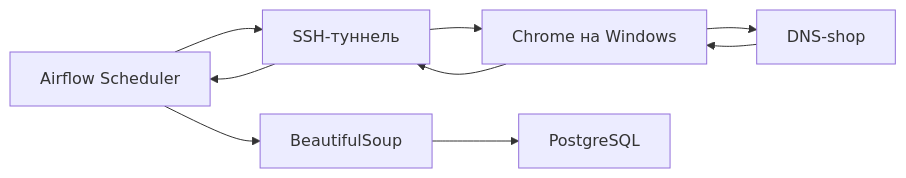
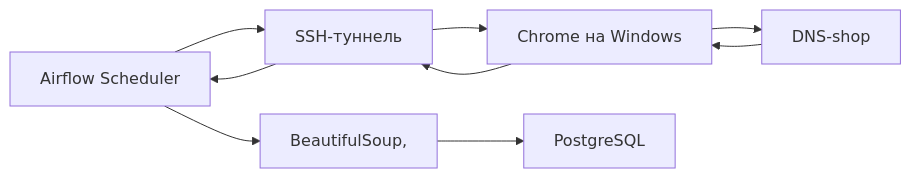
One commit to v-tagaev/dns_parser__RAM_price changed the diagram in README.md. Above: the diagram before and after it, drawn with Mermaid. The commit also changed other lines of this file, not shown here.

````diff
--- a/README.md
+++ b/README.md
@@ -42,11 +42,11 @@
 ```mermaid
 graph LR
     A[Airflow Scheduler] --> B[SSH-туннель]
     B --> C[Chrome на Windows]
     C --> D[DNS-shop]
     D --> C
     C --> B
     B --> A
-    A --> E[BeautifulSoup]
+    A --> E[BeautifulSoup, ]
     E --> F[PostgreSQL]
 ```
````
